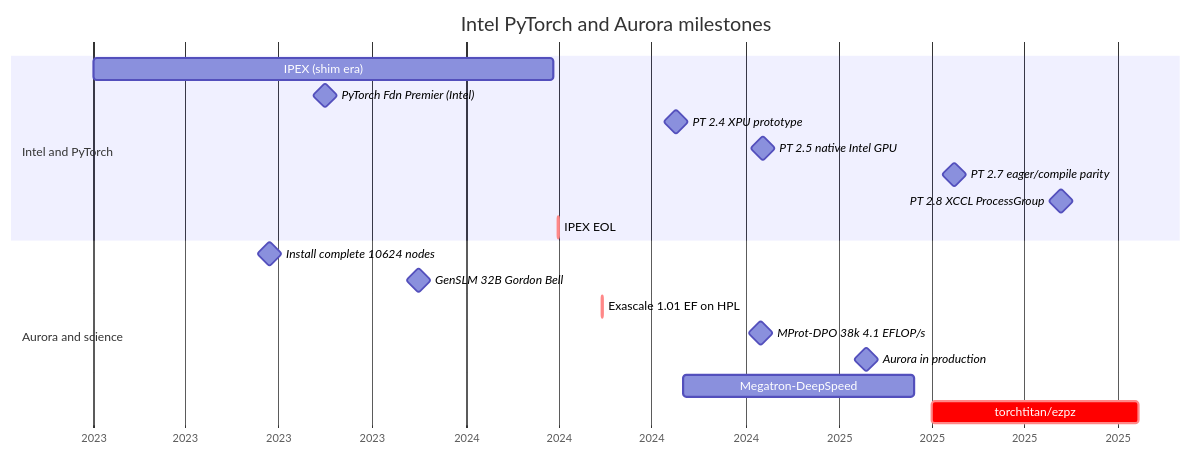
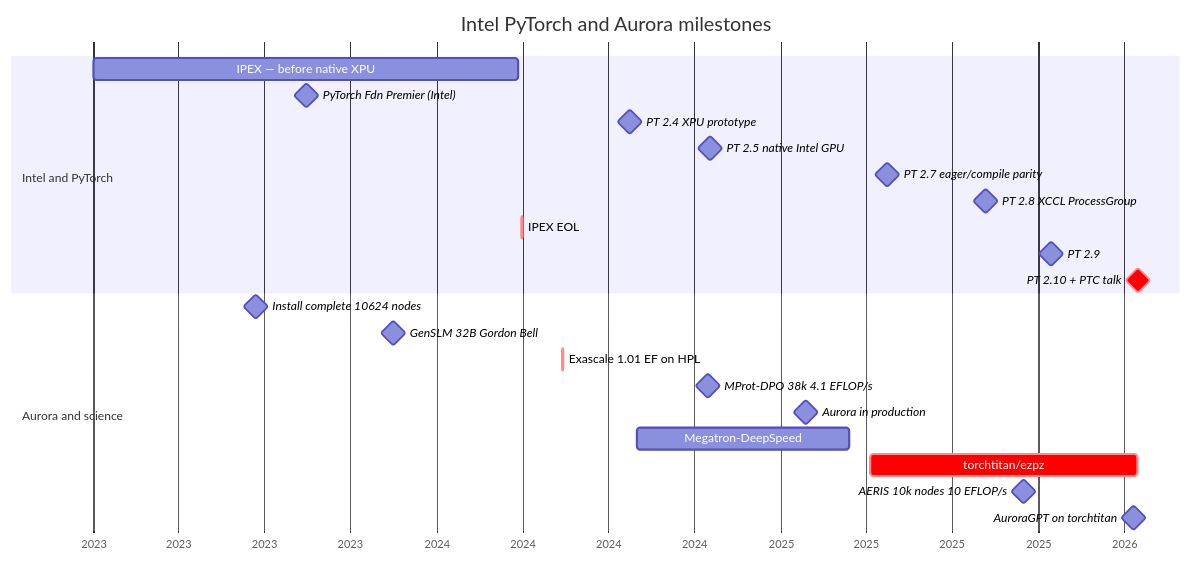
The first of 4 diagrams in web/src/pages/talks/2026/10/21/index.mdx (saforem2/samf.sh), drawn with Mermaid before and after one commit. The commit also changed other lines of this file and 5 other files, not shown here.

First line of the commit message:
talk(ptc26): polish deck — timeline 2026 anchors, portable mps leaf, ptc links

````diff
--- a/web/src/pages/talks/2026/10/21/index.mdx
+++ b/web/src/pages/talks/2026/10/21/index.mdx
@@ -123,25 +126,29 @@
 ```mermaid
-%%{init: {'themeCSS': '.titleText{font-size:1.1rem!important;font-weight:700}.taskText{font-size:0.95rem!important;font-weight:600}.taskTextOutsideRight,.taskTextOutsideLeft{font-size:0.9rem!important}.sectionTitle{font-size:1rem!important;font-weight:700}.tick text{font-size:1.05rem!important}.grid .tick line{opacity:0.42}.section0{fill:#f0eaf6!important}.section1{fill:#e8f6f8!important}.done,.active{fill:#e2ddf0!important;stroke:#3532a8!important}.crit{fill:#ee3b24!important;stroke:#c02e1c!important}.milestone{fill:#5149b8!important;stroke:#3532a8!important}'}}%%
+%%{init: {'themeCSS': '.titleText{font-size:1.1rem!important;font-weight:700}.taskText{font-size:0.95rem!important;font-weight:600}.taskTextOutsideRight,.taskTextOutsideLeft{font-size:0.9rem!important}.sectionTitle{font-size:1rem!important;font-weight:700}.tick text{font-size:1.05rem!important}.grid .tick line{stroke:var(--background3)!important;opacity:0.6}.section0{fill:color-mix(in oklch,var(--background1) 72%,transparent)!important}.section1{fill:color-mix(in oklch,var(--blue) 38%,transparent)!important}.done,.active{fill:color-mix(in srgb,var(--blue) 72%,white 28%)!important;stroke:var(--blue)!important}.crit{fill:var(--red)!important;stroke:var(--red)!important}.task.crit text{fill:#fff!important}.task.crit + text,.task.critText{fill:#fff!important}.milestone{fill:var(--red)!important;stroke:var(--red)!important}'}}%%
 gantt
     title Intel PyTorch and Aurora milestones
     dateFormat  YYYY-MM-DD
     axisFormat  %Y
 
     section Intel and PyTorch
-    IPEX (shim era)                    :i1, 2023-01-01, 2024-03-27
+    IPEX — before native XPU           :i1, 2023-01-01, 2024-03-27
     PyTorch Fdn Premier (Intel)        :milestone, i2, 2023-08-15, 1d
     PT 2.4 XPU prototype               :milestone, i3, 2024-07-24, 1d
     PT 2.5 native Intel GPU            :milestone, i4, 2024-10-17, 1d
     PT 2.7 eager/compile parity        :milestone, i5, 2025-04-23, 1d
     PT 2.8 XCCL ProcessGroup           :milestone, i6, 2025-08-06, 1d
     IPEX EOL                           :crit, i7, 2024-03-31, 1d
+    PT 2.9                             :milestone, i8, 2025-10-15, 1d
+    PT 2.10 + PTC talk                 :milestone, crit, i9, 2026-01-15, 1d
 
     section Aurora and science
     Install complete 10624 nodes       :milestone, a1e, 2023-06-22, 1d
     GenSLM 32B Gordon Bell              :milestone, a3, 2023-11-15, 1d
     Exascale 1.01 EF on HPL            :crit, a4, 2024-05-13, 1d
     MProt-DPO 38k 4.1 EFLOP/s           :milestone, a5, 2024-10-15, 1d
     Aurora in production               :milestone, a6, 2025-01-27, 1d
     Megatron-DeepSpeed                 :a7, 2024-08-01, 2025-03-15
-    torchtitan/ezpz                      :crit, a8, 2025-04-01, 2025-10-21
+    torchtitan/ezpz                      :crit, a8, 2025-04-06, 2026-01-15
+    AERIS 10k nodes 10 EFLOP/s         :milestone, a9, 2025-09-15, 1d
+    AuroraGPT on torchtitan            :milestone, a10, 2026-01-10, 1d
 ```
````
